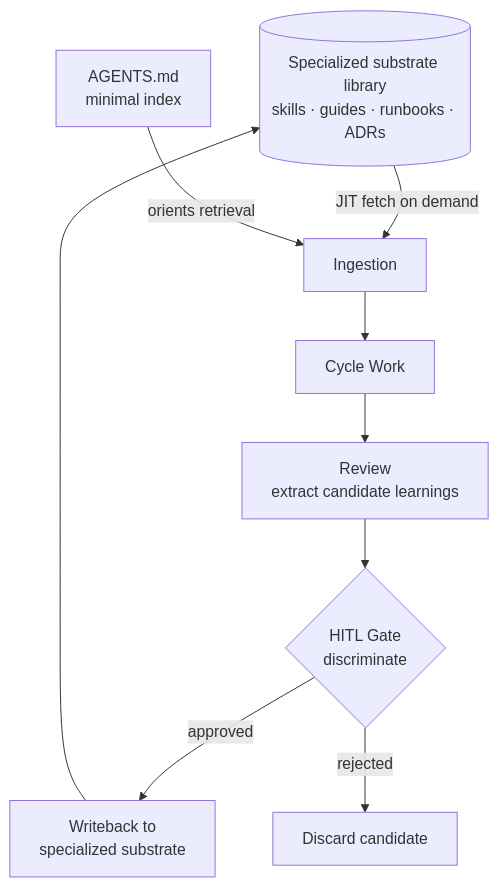
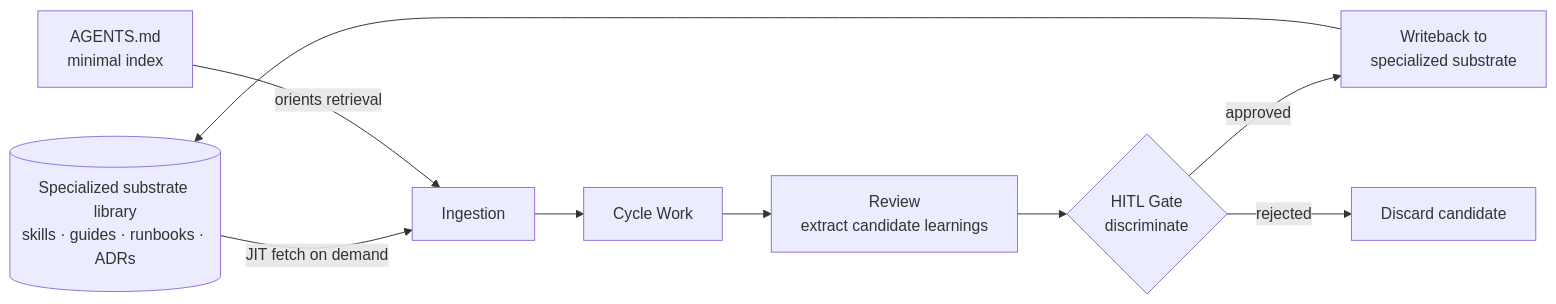
Before and after one commit to villetakanen/asdlc-io: the diagram in src/content/patterns/compound-loop.md, drawn with Mermaid. The commit also changed other lines of this file and 5 other files, not shown here.

````diff
--- a/src/content/patterns/compound-loop.md
+++ b/src/content/patterns/compound-loop.md
@@ -55,13 +55,14 @@
 ```mermaid
-flowchart TD
+%% caption: The Compound Loop: gated writeback to a specialized substrate, JIT retrieval into the next cycle
+flowchart LR
     Lib[(Specialized substrate library<br/>skills · guides · runbooks · ADRs)]
     Idx[AGENTS.md<br/>minimal index]
     Lib -->|JIT fetch on demand| Ingest[Ingestion]
     Idx -->|orients retrieval| Ingest
     Ingest --> Work[Cycle Work]
     Work --> Review[Review<br/>extract candidate learnings]
     Review --> Gate{HITL Gate<br/>discriminate}
     Gate -->|approved| Write[Writeback to<br/>specialized substrate]
     Gate -->|rejected| Discard[Discard candidate]
     Write --> Lib
 ```
````
